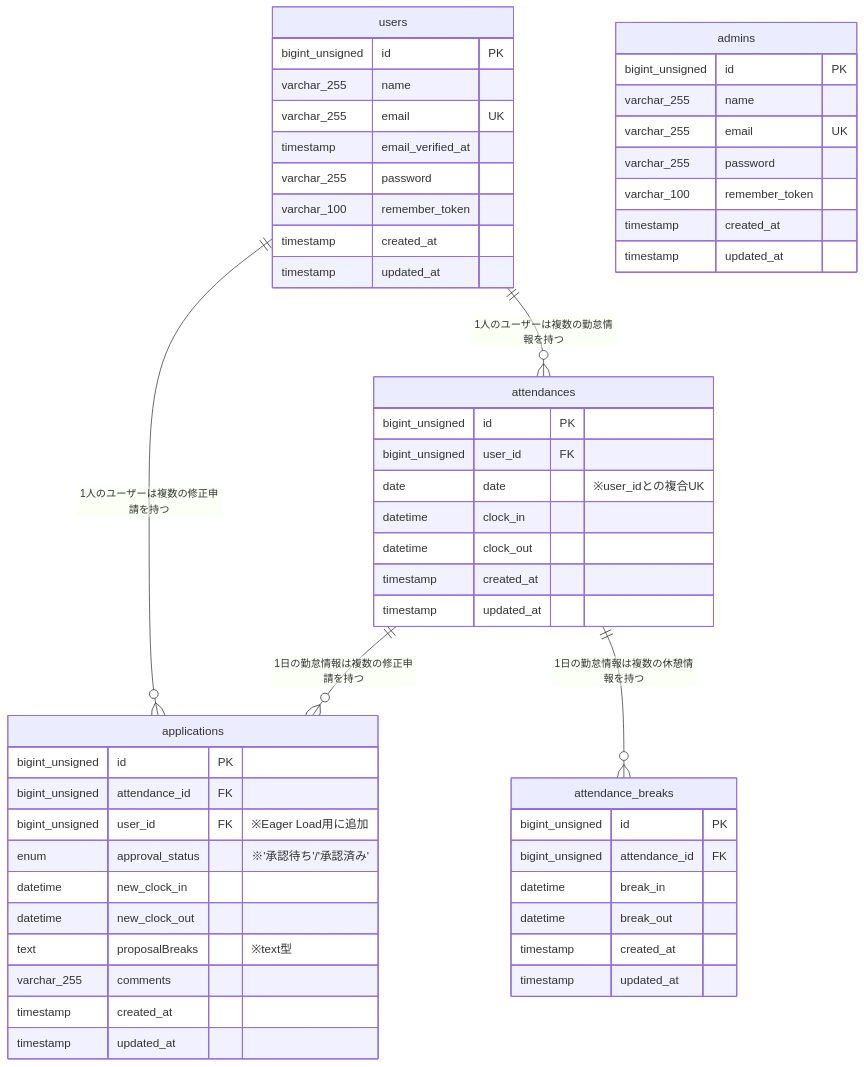
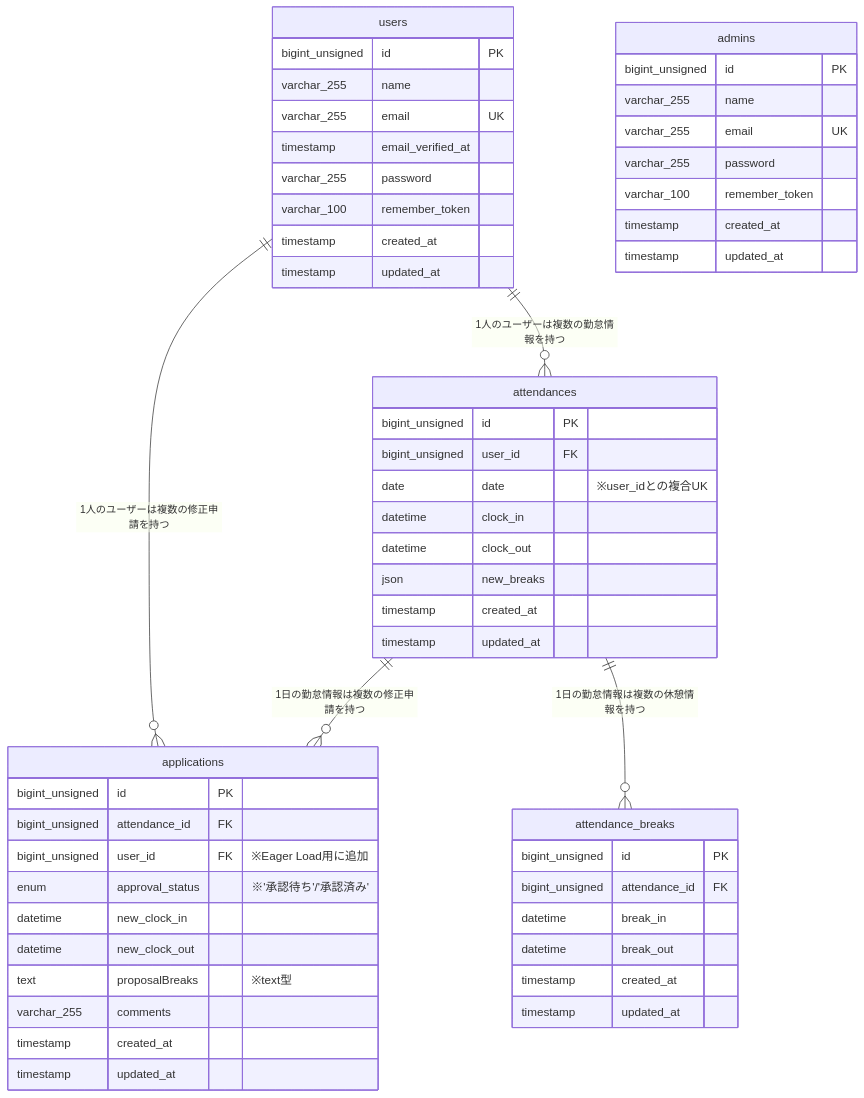
One commit to Ma-Namba/attendance-app changed the diagram in README.md. Above: the diagram before and after it, drawn with Mermaid. The commit also changed 4 other files, not shown here.

````diff
--- a/README.md
+++ b/README.md
@@ -115,56 +115,57 @@
 ```mermaid
 erDiagram
     users ||--o{ attendances: "1人のユーザーは複数の勤怠情報を持つ"
     users ||--o{ applications: "1人のユーザーは複数の修正申請を持つ"
     attendances ||--o{ applications: "1日の勤怠情報は複数の修正申請を持つ"
     attendances ||--o{ attendance_breaks: "1日の勤怠情報は複数の休憩情報を持つ"
 
     users {
         bigint_unsigned id PK
         varchar_255 name
         varchar_255 email UK
         timestamp email_verified_at
         varchar_255 password
         varchar_100 remember_token
         timestamp created_at
         timestamp updated_at
     }
     admins {
         bigint_unsigned id PK
         varchar_255 name
         varchar_255 email UK
         varchar_255 password
         varchar_100 remember_token
         timestamp created_at
         timestamp updated_at
     }
     attendances {
         bigint_unsigned id PK
         bigint_unsigned user_id FK
         date date "※user_idとの複合UK"
         datetime clock_in
         datetime clock_out
+        json new_breaks
         timestamp created_at
         timestamp updated_at
     }
     applications {
         bigint_unsigned id PK
         bigint_unsigned attendance_id FK
         bigint_unsigned user_id FK "※Eager Load用に追加"
         enum approval_status "※'承認待ち'/'承認済み'"
         datetime new_clock_in
         datetime new_clock_out
         text proposalBreaks "※text型"
         varchar_255 comments
         timestamp created_at
         timestamp updated_at
     }
     attendance_breaks {
         bigint_unsigned id PK
         bigint_unsigned attendance_id FK
         datetime break_in
         datetime break_out
         timestamp created_at
         timestamp updated_at
     }
 ```
````
